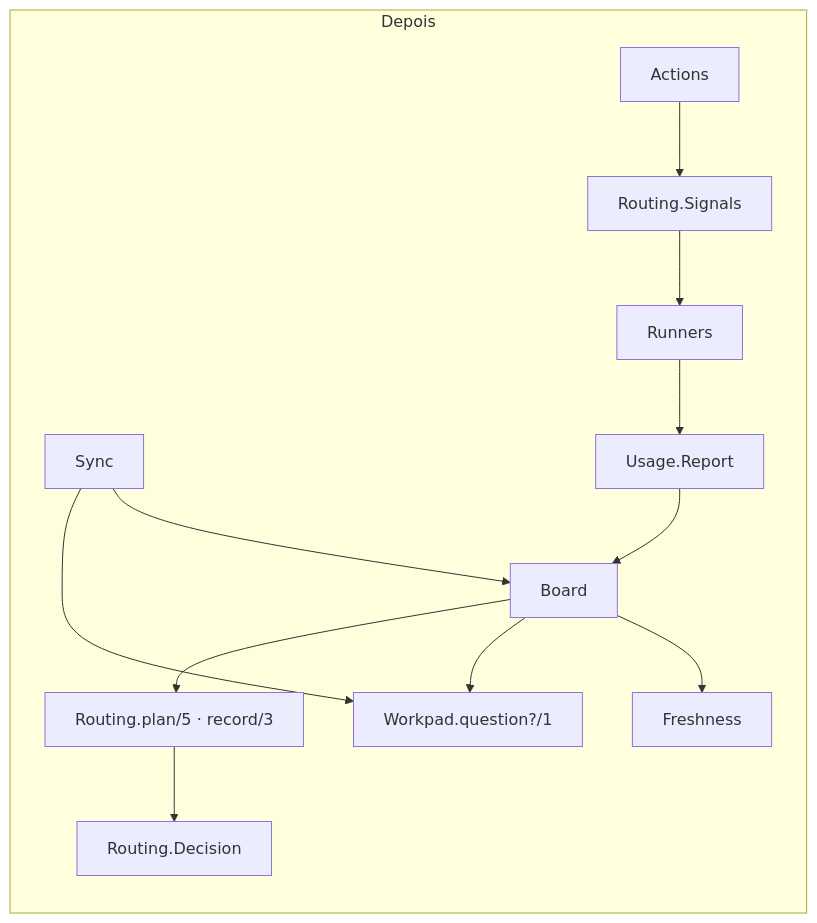
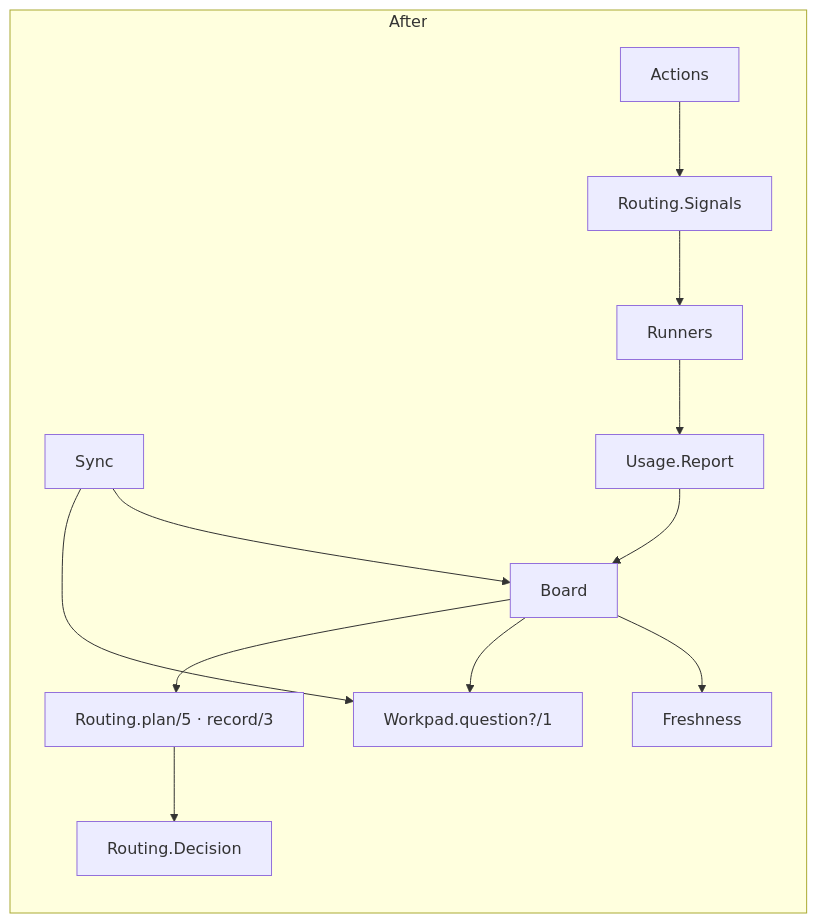
Before and after one commit to sallaumen/dsh-superagent-superboard: the fifth of 5 diagrams in docs/architecture/README.md, drawn with Mermaid. The commit also changed other lines of this file and 34 other files, not shown here.

````diff
--- a/docs/architecture/README.md
+++ b/docs/architecture/README.md
@@ -195,11 +199,11 @@
 ```mermaid
 flowchart LR
-    subgraph depois["Depois"]
+    subgraph depois["After"]
         S2["Sync"] --> B2["Board"]
         B2 --> F2["Freshness"]
         B2 --> W2["Workpad.question?/1"]
         S2 --> W2
         A2["Actions"] --> SIG2["Routing.Signals"] --> R2["Runners"] --> U2["Usage.Report"] --> B2
         B2 --> ROUT2["Routing.plan/5 · record/3"] --> D2["Routing.Decision"]
     end
 ```
````
